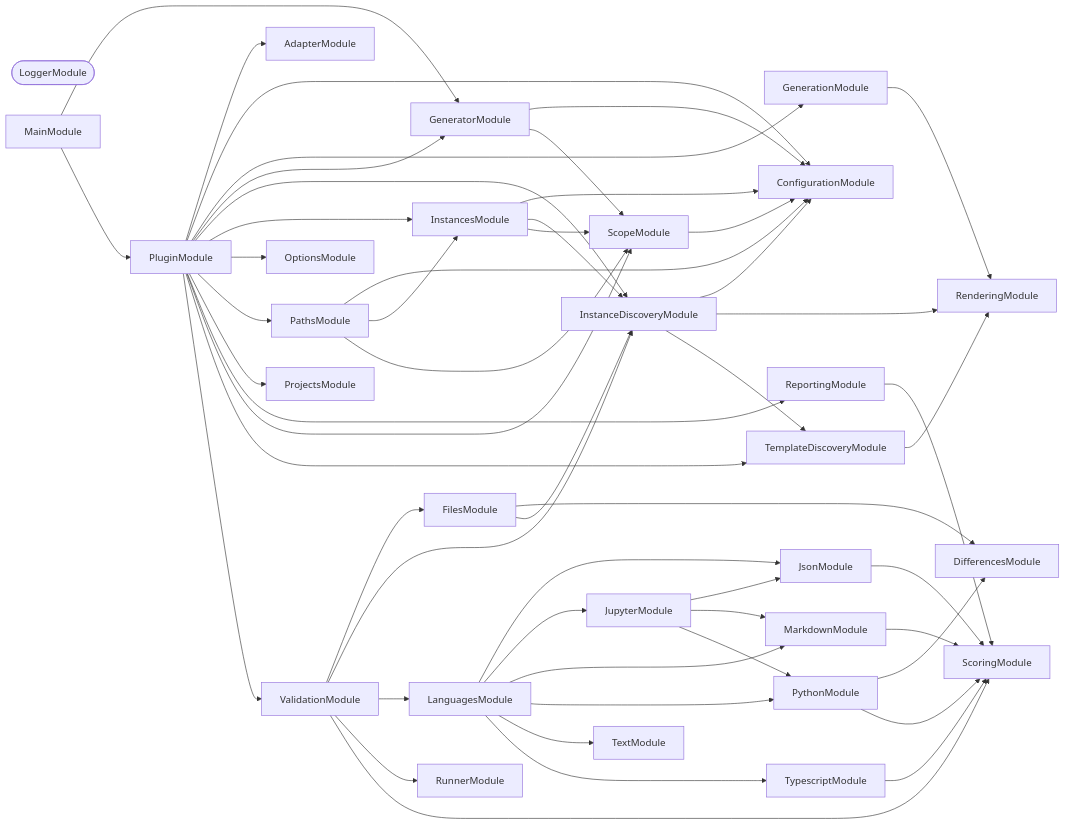
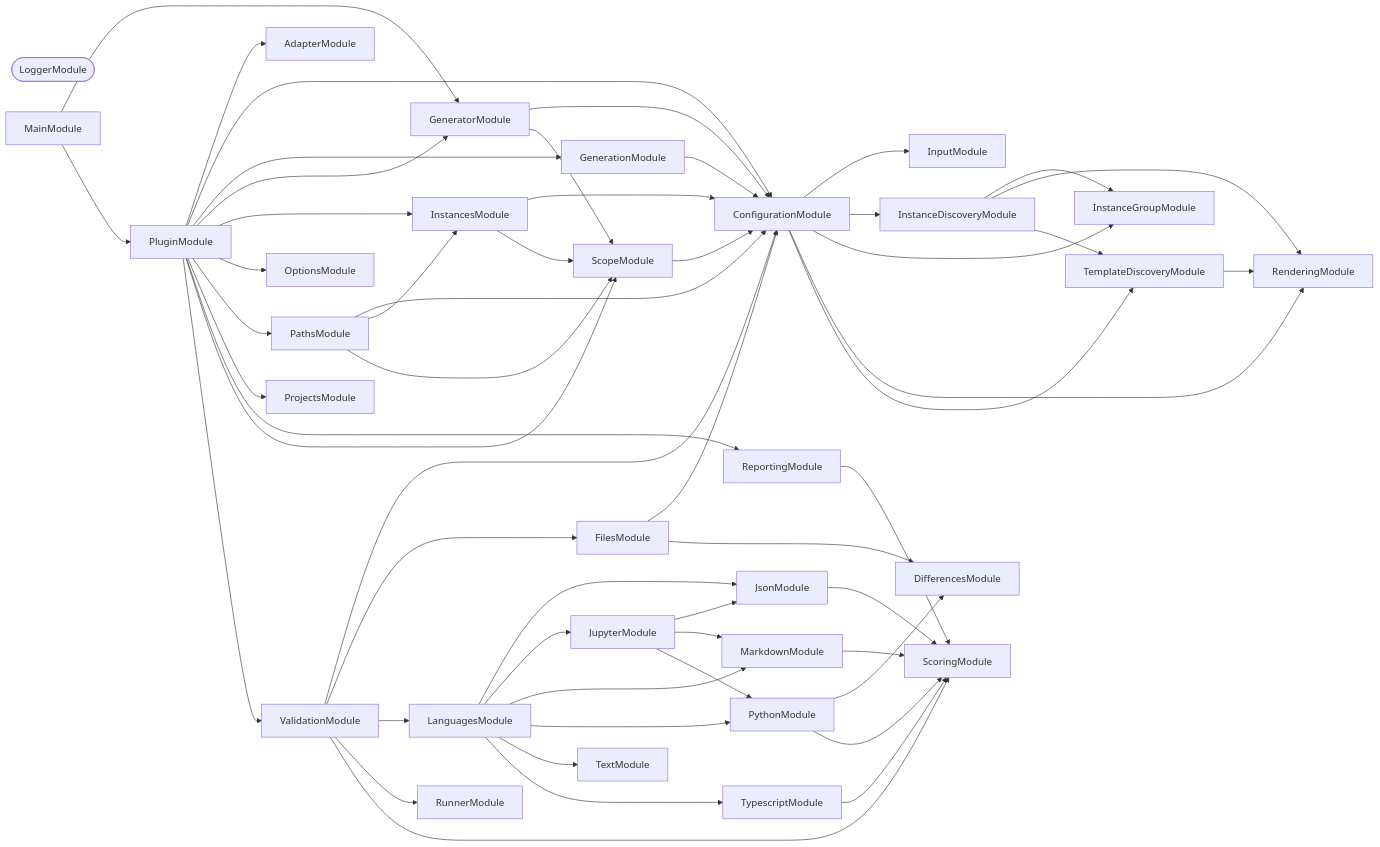
Before and after one commit to JimmyPaolini/codebase: the second of 3 diagrams in packages/ic-suite/conformetry/conformetry-nx/README.md, drawn with Mermaid. The commit also changed 17 other files, not shown here.

```diff
--- a/packages/ic-suite/conformetry/conformetry-nx/README.md
+++ b/packages/ic-suite/conformetry/conformetry-nx/README.md
@@ -424,7 +424,9 @@
   FilesModule
   GenerationModule
   GeneratorModule
+  InputModule
   InstanceDiscoveryModule
+  InstanceGroupModule
   InstancesModule
   JsonModule
   JupyterModule
@@ -446,16 +448,20 @@
   TextModule
   TypescriptModule
   ValidationModule
+  ConfigurationModule --> InputModule
+  ConfigurationModule --> InstanceDiscoveryModule
+  ConfigurationModule --> InstanceGroupModule
+  ConfigurationModule --> RenderingModule
+  ConfigurationModule --> TemplateDiscoveryModule
+  FilesModule --> ConfigurationModule
   FilesModule --> DifferencesModule
-  FilesModule --> InstanceDiscoveryModule
-  GenerationModule --> RenderingModule
+  GenerationModule --> ConfigurationModule
   GeneratorModule --> ConfigurationModule
   GeneratorModule --> ScopeModule
-  InstanceDiscoveryModule --> ConfigurationModule
+  InstanceDiscoveryModule --> InstanceGroupModule
   InstanceDiscoveryModule --> RenderingModule
   InstanceDiscoveryModule --> TemplateDiscoveryModule
   InstancesModule --> ConfigurationModule
-  InstancesModule --> InstanceDiscoveryModule
   InstancesModule --> ScopeModule
   JsonModule --> ScoringModule
   JupyterModule --> JsonModule
@@ -477,14 +483,12 @@
   PluginModule --> ConfigurationModule
   PluginModule --> GenerationModule
   PluginModule --> GeneratorModule
-  PluginModule --> InstanceDiscoveryModule
   PluginModule --> InstancesModule
   PluginModule --> OptionsModule
   PluginModule --> PathsModule
   PluginModule --> ProjectsModule
   PluginModule --> ReportingModule
   PluginModule --> ScopeModule
-  PluginModule --> TemplateDiscoveryModule
   PluginModule --> ValidationModule
   PythonModule --> DifferencesModule
   PythonModule --> ScoringModule
@@ -492,8 +496,8 @@
   ScopeModule --> ConfigurationModule
   TemplateDiscoveryModule --> RenderingModule
   TypescriptModule --> ScoringModule
+  ValidationModule --> ConfigurationModule
   ValidationModule --> FilesModule
-  ValidationModule --> InstanceDiscoveryModule
   ValidationModule --> LanguagesModule
   ValidationModule --> RunnerModule
   ValidationModule --> ScoringModule
```
